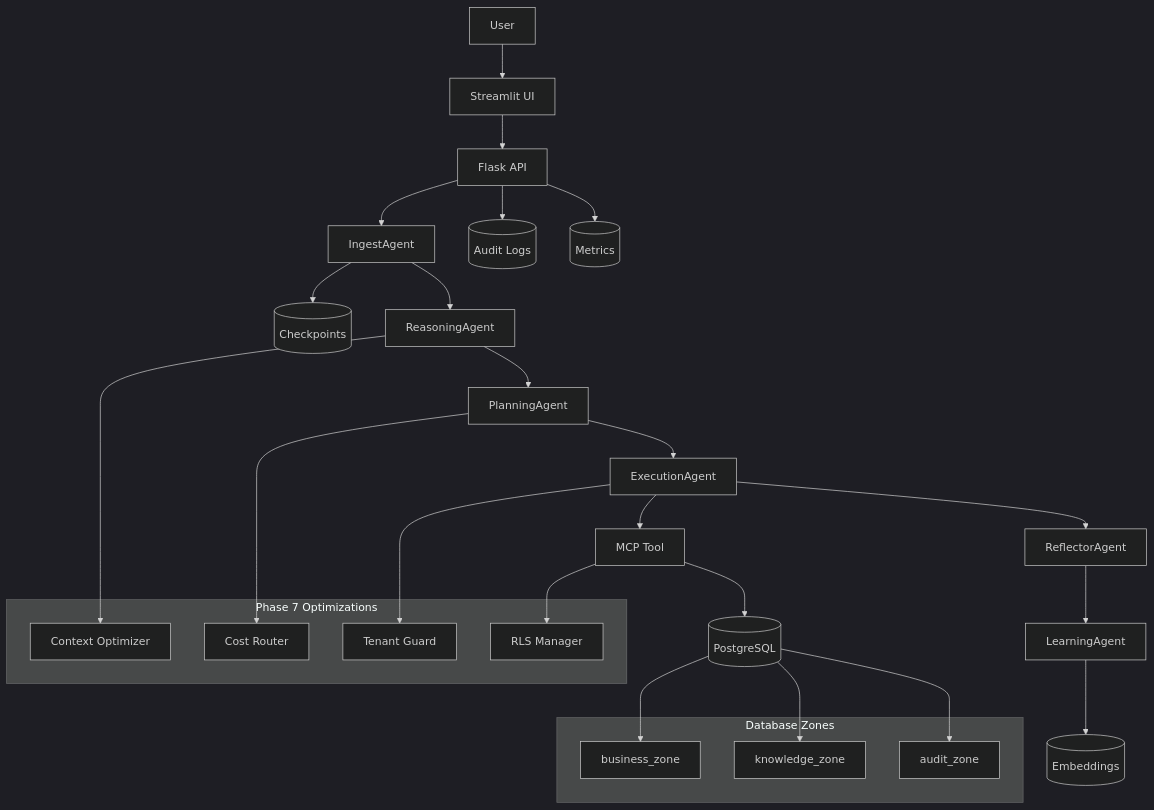
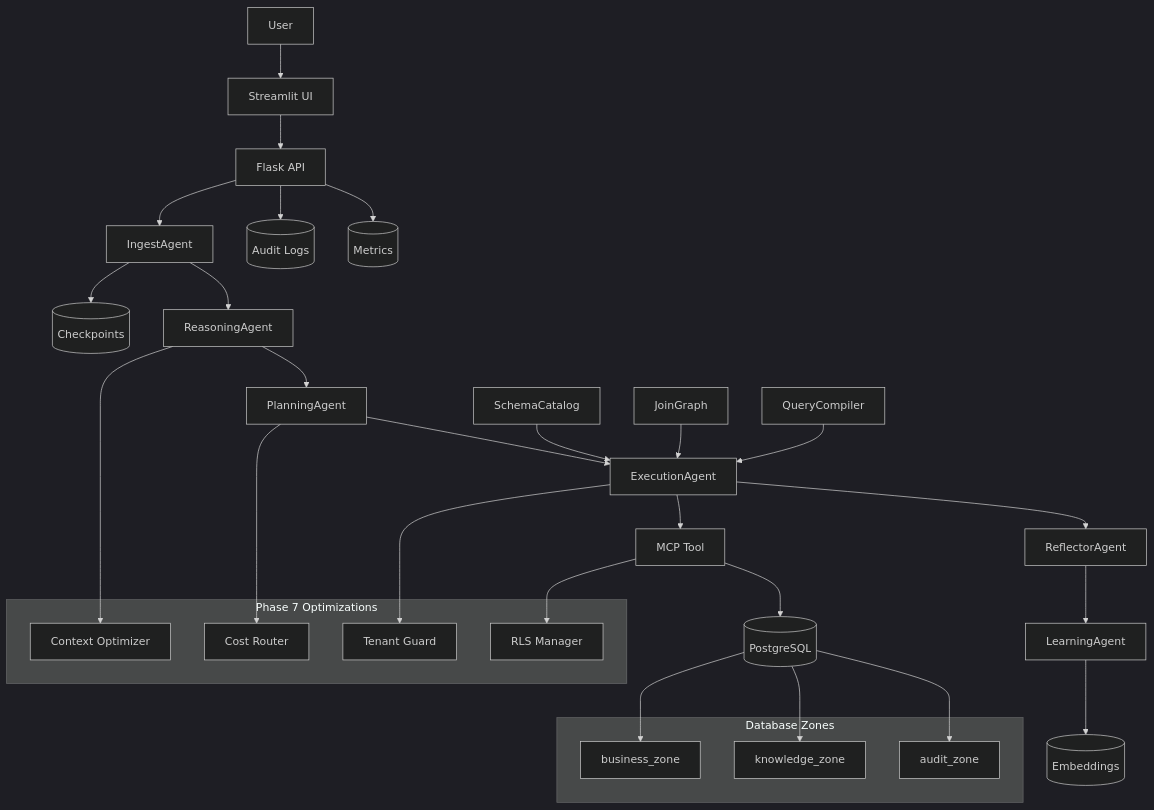
Before and after one commit to phunhph/agentic_ai_v2: the diagram in docs/system_summary.md, drawn with Mermaid (dark theme). The commit also changed other lines of this file and 32 other files, not shown here.

````diff
--- a/docs/system_summary.md
+++ b/docs/system_summary.md
@@ -145,39 +153,42 @@
 ```mermaid
 graph TB
     User[User] --> UI[Streamlit UI]
     UI --> API[Flask API]
     API --> Ingest[IngestAgent]
     Ingest --> Checkpoint[(Checkpoints)]
     Ingest --> Reasoning[ReasoningAgent]
     Reasoning --> Planning[PlanningAgent]
     Planning --> Execution[ExecutionAgent]
+    Catalog[SchemaCatalog] --> Execution
+    JoinGraph[JoinGraph] --> Execution
+    Compiler[QueryCompiler] --> Execution
     Execution --> Reflector[ReflectorAgent]
     Reflector --> Learning[LearningAgent]
     Learning --> Embeddings[(Embeddings)]
     Execution --> MCP[MCP Tool]
     MCP --> DB[(PostgreSQL)]
     API --> Audit[(Audit Logs)]
     API --> Metrics[(Metrics)]
     
     subgraph "Phase 7 Optimizations"
         Context[Context Optimizer]
         Cost[Cost Router]
         Tenant[Tenant Guard]
         RLS[RLS Manager]
     end
     
     Reasoning --> Context
     Planning --> Cost
     Execution --> Tenant
     MCP --> RLS
     
     subgraph "Database Zones"
         BZ[business_zone]
         KZ[knowledge_zone]
         AZ[audit_zone]
     end
     
     DB --> BZ
     DB --> KZ
     DB --> AZ
 ```
````
